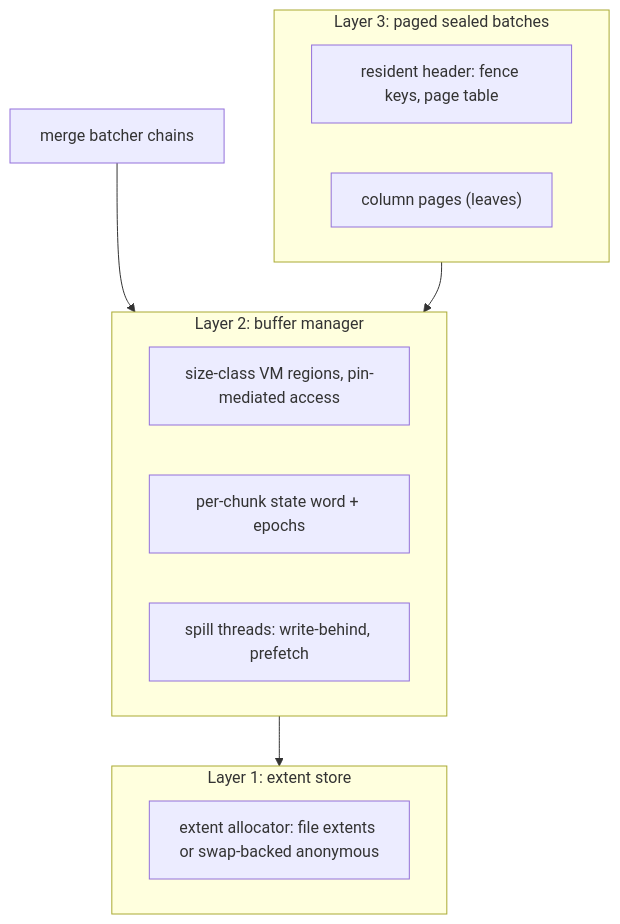
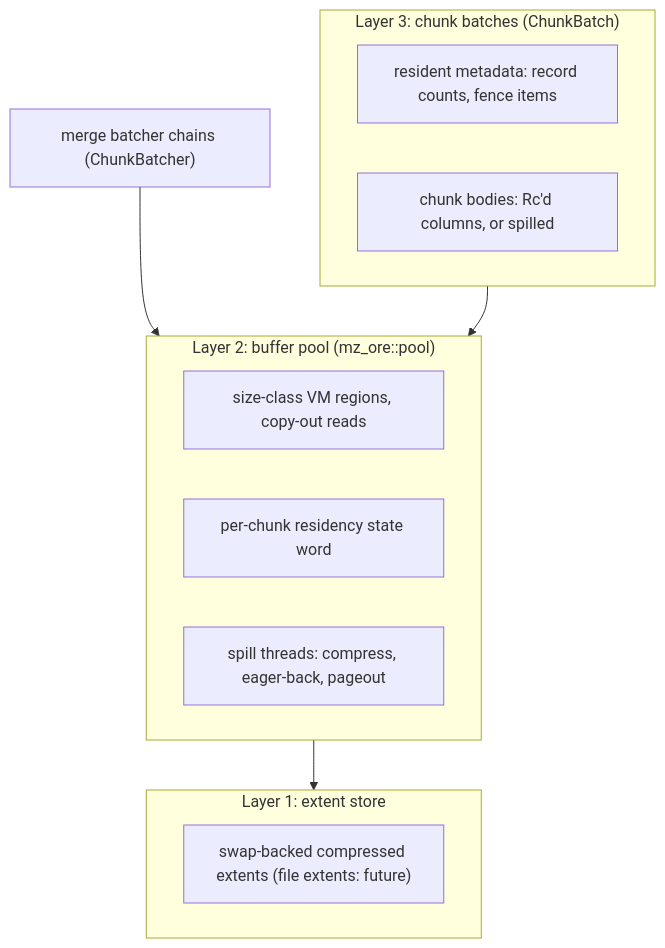
Before and after one commit to MaterializeInc/materialize: the diagram in doc/developer/design/20260610_buffer_managed_state.md, drawn with Mermaid. The commit also changed other lines of this file, not shown here.

Commit message:
design: update buffer-managed-state doc for the Chunk-API architecture

````diff
--- a/doc/developer/design/20260610_buffer_managed_state.md
+++ b/doc/developer/design/20260610_buffer_managed_state.md
@@ -118,18 +134,18 @@
 ```mermaid
 flowchart TB
-  subgraph L3["Layer 3: paged sealed batches"]
-    Header["resident header: fence keys, page table"]
-    Pages["column pages (leaves)"]
+  subgraph L3["Layer 3: chunk batches (ChunkBatch)"]
+    Meta["resident metadata: record counts, fence items"]
+    Bodies["chunk bodies: Rc'd columns, or spilled"]
   end
-  subgraph L2["Layer 2: buffer manager"]
-    Pool["size-class VM regions, pin-mediated access"]
-    State["per-chunk state word + epochs"]
-    IO["spill threads: write-behind, prefetch"]
+  subgraph L2["Layer 2: buffer pool (mz_ore::pool)"]
+    Pool["size-class VM regions, copy-out reads"]
+    State["per-chunk residency state word"]
+    IO["spill threads: compress, eager-back, pageout"]
   end
   subgraph L1["Layer 1: extent store"]
-    Extents["extent allocator: file extents or swap-backed anonymous"]
+    Extents["swap-backed compressed extents (file extents: future)"]
   end
-  Batcher["merge batcher chains"] --> L2
+  Batcher["merge batcher chains (ChunkBatcher)"] --> L2
   L3 --> L2
   L2 --> L1
 ```
````
